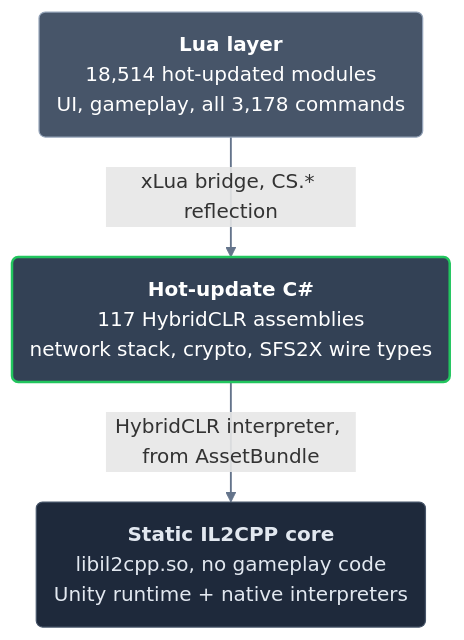
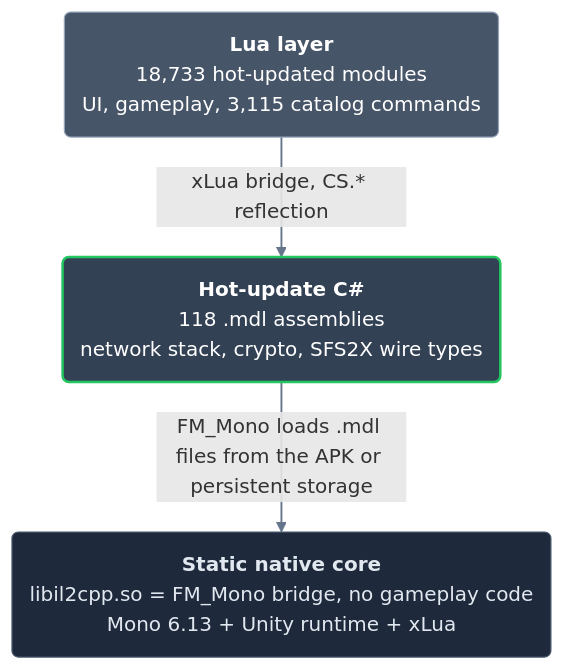
One commit to ljagiello/lastwar-client changed the diagram in docs/index.mdx. Above: the diagram before and after it, drawn with Mermaid. The commit also changed other lines of this file and 146 other files, not shown here.

````diff
--- a/docs/index.mdx
+++ b/docs/index.mdx
@@ -49,18 +50,18 @@
 ```mermaid
 %%{init: {'flowchart': {'wrappingWidth': 440, 'nodeSpacing': 55, 'rankSpacing': 48, 'padding': 14}}}%%
 flowchart TB
-    lua("<b>Lua layer</b><br/>18,514 hot-updated modules<br/>UI, gameplay, all 3,178 commands")
-    cs("<b>Hot-update C#</b><br/>117 HybridCLR assemblies<br/>network stack, crypto, SFS2X wire types")
-    core("<b>Static IL2CPP core</b><br/>libil2cpp.so, no gameplay code<br/>Unity runtime + native interpreters")
+    lua("<b>Lua layer</b><br/>18,733 hot-updated modules<br/>UI, gameplay, 3,115 catalog commands")
+    cs("<b>Hot-update C#</b><br/>118 .mdl assemblies<br/>network stack, crypto, SFS2X wire types")
+    core("<b>Static native core</b><br/>libil2cpp.so = FM_Mono bridge, no gameplay code<br/>Mono 6.13 + Unity runtime + xLua")
 
     lua -- "xLua bridge, CS.* reflection" --> cs
-    cs -- "HybridCLR interpreter, from AssetBundle" --> core
+    cs -- "FM_Mono loads .mdl files from the APK or persistent storage" --> core
 
     classDef top fill:#475569,stroke:#94a3b8,stroke-width:1px,color:#ffffff;
     classDef key fill:#334155,stroke:#22c55e,stroke-width:2px,color:#ffffff;
     classDef base fill:#1e293b,stroke:#475569,stroke-width:1px,color:#e2e8f0;
     class lua top;
     class cs key;
     class core base;
     linkStyle default stroke:#64748b,stroke-width:1.5px;
 ```
````
